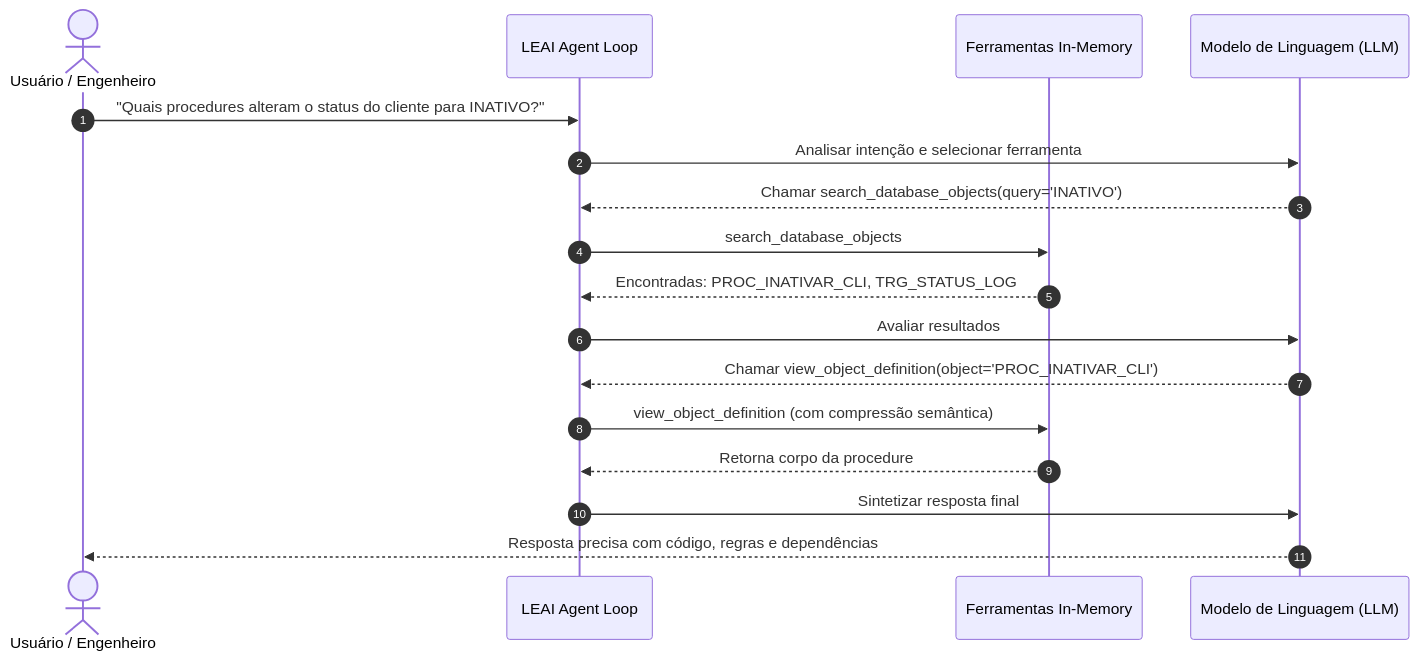
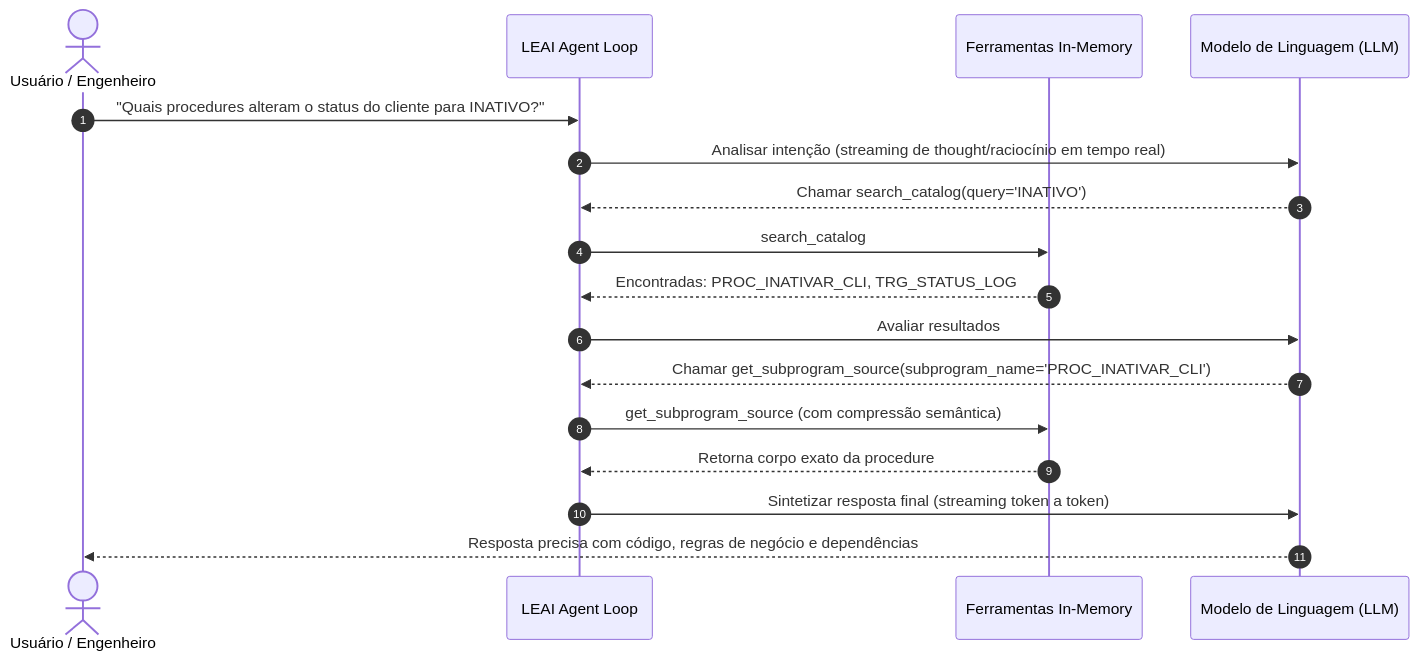
One commit to lucasbral/leai changed the diagram in documentation/ai-and-rag/autonomous-agent.md. Above: the diagram before and after it, drawn with Mermaid. The commit also changed other lines of this file and 43 other files, not shown here.

Commit message:
feat(ai,tui,workflows): add SQL tuning, Oracle validation, reverse-procedure workflow, thought streaming, and modernized TUI

````diff
--- a/documentation/ai-and-rag/autonomous-agent.md
+++ b/documentation/ai-and-rag/autonomous-agent.md
@@ -9,20 +9,20 @@
 ```mermaid
 sequenceDiagram
     autonumber
     actor Dev as Usuário / Engenheiro
     participant Agent as LEAI Agent Loop
     participant Tools as Ferramentas In-Memory
     participant LLM as Modelo de Linguagem (LLM)
 
     Dev->>Agent: "Quais procedures alteram o status do cliente para INATIVO?"
-    Agent->>LLM: Analisar intenção e selecionar ferramenta
-    LLM-->>Agent: Chamar search_database_objects(query='INATIVO')
-    Agent->>Tools: search_database_objects
+    Agent->>LLM: Analisar intenção (streaming de thought/raciocínio em tempo real)
+    LLM-->>Agent: Chamar search_catalog(query='INATIVO')
+    Agent->>Tools: search_catalog
     Tools-->>Agent: Encontradas: PROC_INATIVAR_CLI, TRG_STATUS_LOG
     Agent->>LLM: Avaliar resultados
-    LLM-->>Agent: Chamar view_object_definition(object='PROC_INATIVAR_CLI')
-    Agent->>Tools: view_object_definition (com compressão semântica)
-    Tools-->>Agent: Retorna corpo da procedure
-    Agent->>LLM: Sintetizar resposta final
-    LLM-->>Dev: Resposta precisa com código, regras e dependências
+    LLM-->>Agent: Chamar get_subprogram_source(subprogram_name='PROC_INATIVAR_CLI')
+    Agent->>Tools: get_subprogram_source (com compressão semântica)
+    Tools-->>Agent: Retorna corpo exato da procedure
+    Agent->>LLM: Sintetizar resposta final (streaming token a token)
+    LLM-->>Dev: Resposta precisa com código, regras de negócio e dependências
 ```
````
